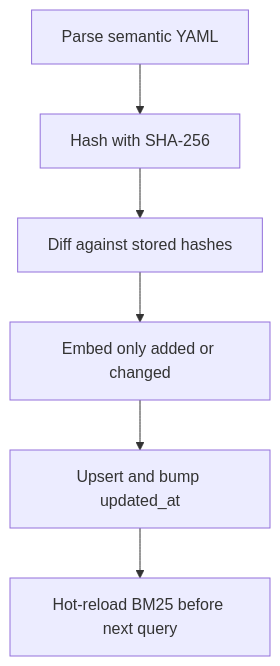
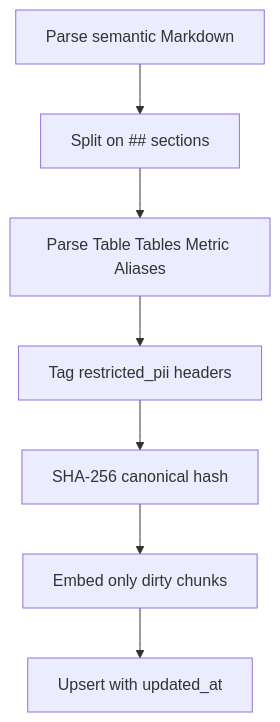
The first of 2 diagrams in openwiki/agent/semantic-layer.md (NDTruongDanh/SE373-Analytics-Agent), drawn with Mermaid before and after one commit. The commit also changed other lines of this file and 19 other files, not shown here.

````diff
--- a/openwiki/agent/semantic-layer.md
+++ b/openwiki/agent/semantic-layer.md
@@ -74,8 +72,9 @@
 ```mermaid
 flowchart TD
-  A["Parse semantic YAML"] --> B["Hash with SHA-256"]
-  B --> C["Diff against stored hashes"]
-  C --> D["Embed only added or changed"]
-  D --> E["Upsert and bump updated_at"]
-  E --> F["Hot-reload BM25 before next query"]
+  A["Parse semantic Markdown"] --> B["Split on ## sections"]
+  B --> C["Parse Table Tables Metric Aliases"]
+  C --> D["Tag restricted_pii headers"]
+  D --> E["SHA-256 canonical hash"]
+  E --> F["Embed only dirty chunks"]
+  F --> G["Upsert with updated_at"]
 ```
````
